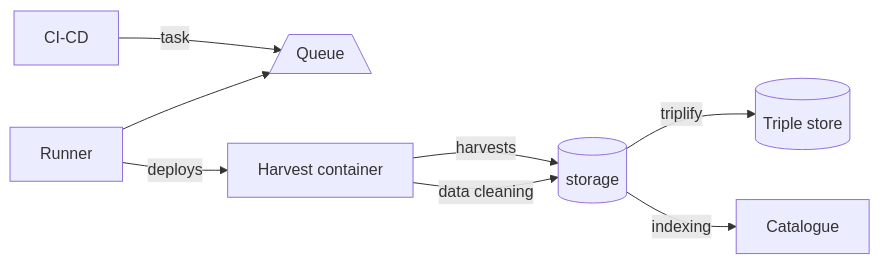
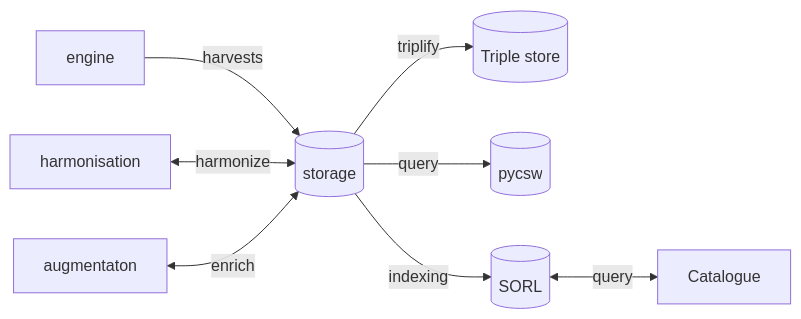
One commit to soilwise-he/harvesters changed the diagram in README.md. Above: the diagram before and after it, drawn with Mermaid. The commit also changed other lines of this file, not shown here.

First line of the commit message:
Revise README with updated tasks and flowchart

````diff
--- a/README.md
+++ b/README.md
@@ -9,10 +9,10 @@
 ``` mermaid
 flowchart LR
-    c[CI-CD] -->|task| q[/Queue\]
-    r[Runner] --> q
-    r -->|deploys| hc[Harvest container]
-    hc -->|harvests| db[(temporary storage)]
-    hc -->|data cleaning| db[(storage)]
+    hc[engine] -->|harvests| db[(temporary storage)]
+    mh[harmonisation] <-->|harmonize| db[(storage)]
+    ma[augmentaton]<-->|enrich| db
     db -->|triplify| TS[(Triple store)]
-    db -->|indexing| CT[Catalogue] 
+    db -->|query| py[(pycsw)]
+    db -->|indexing| SOLR[(SORL)]
+    SOLR <-->|query|CT[Catalogue] 
 ```
````
